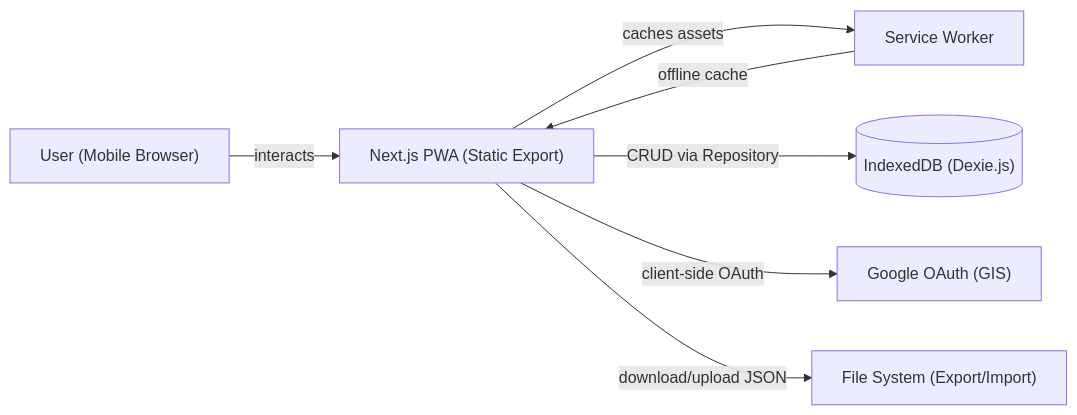
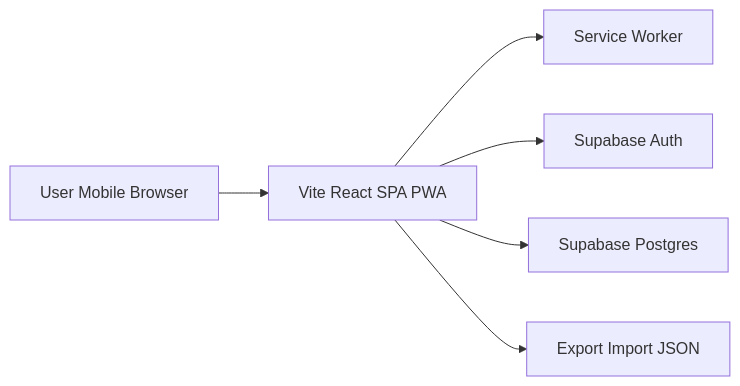
Before and after one commit to pushpoth/sharesquare: the first of 9 diagrams in agentdocs/design.md, drawn with Mermaid. The commit also changed other lines of this file and 44 other files, not shown here.

First line of the commit message:
feat: migrate from Next.js to Vite SPA (TASK-001)

````diff
--- a/agentdocs/design.md
+++ b/agentdocs/design.md
@@ -11,16 +12,15 @@
 ```mermaid
 graph LR
-    User["User (Mobile Browser)"]
-    PWA["Next.js PWA (Static Export)"]
-    SW["Service Worker"]
-    IDB[("IndexedDB (Dexie.js)")]
-    Google["Google OAuth (GIS)"]
-    FS["File System (Export/Import)"]
+  User["User Mobile Browser"]
+  Client["Vite React SPA PWA"]
+  SW["Service Worker"]
+  SBAuth["Supabase Auth"]
+  SBDB["Supabase Postgres"]
+  FS["Export Import JSON"]
 
-    User -->|"interacts"| PWA
-    PWA -->|"caches assets"| SW
-    PWA -->|"CRUD via Repository"| IDB
-    PWA -->|"client-side OAuth"| Google
-    PWA -->|"download/upload JSON"| FS
-    SW -->|"offline cache"| PWA
+  User --> Client
+  Client --> SW
+  Client --> SBAuth
+  Client --> SBDB
+  Client --> FS
 ```
````
